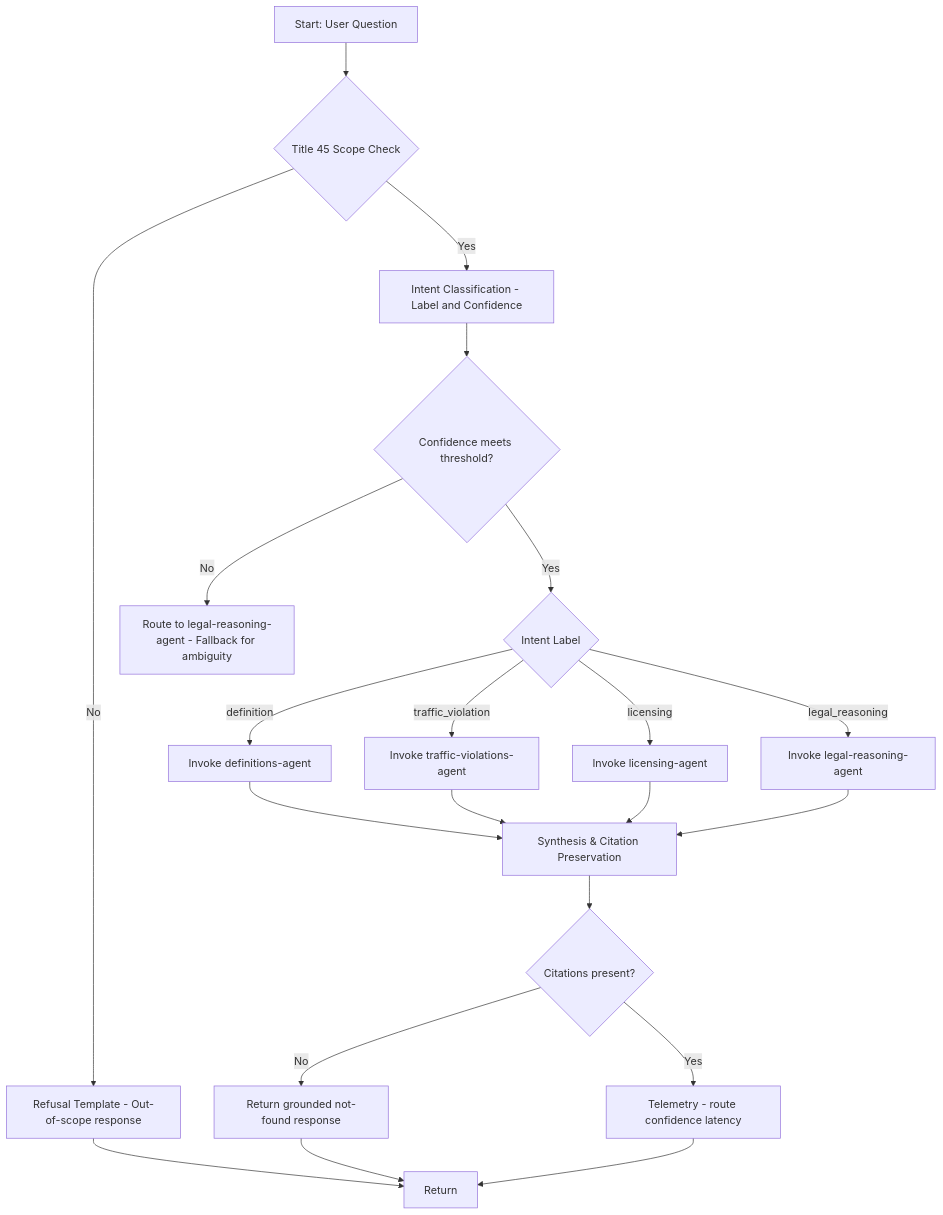
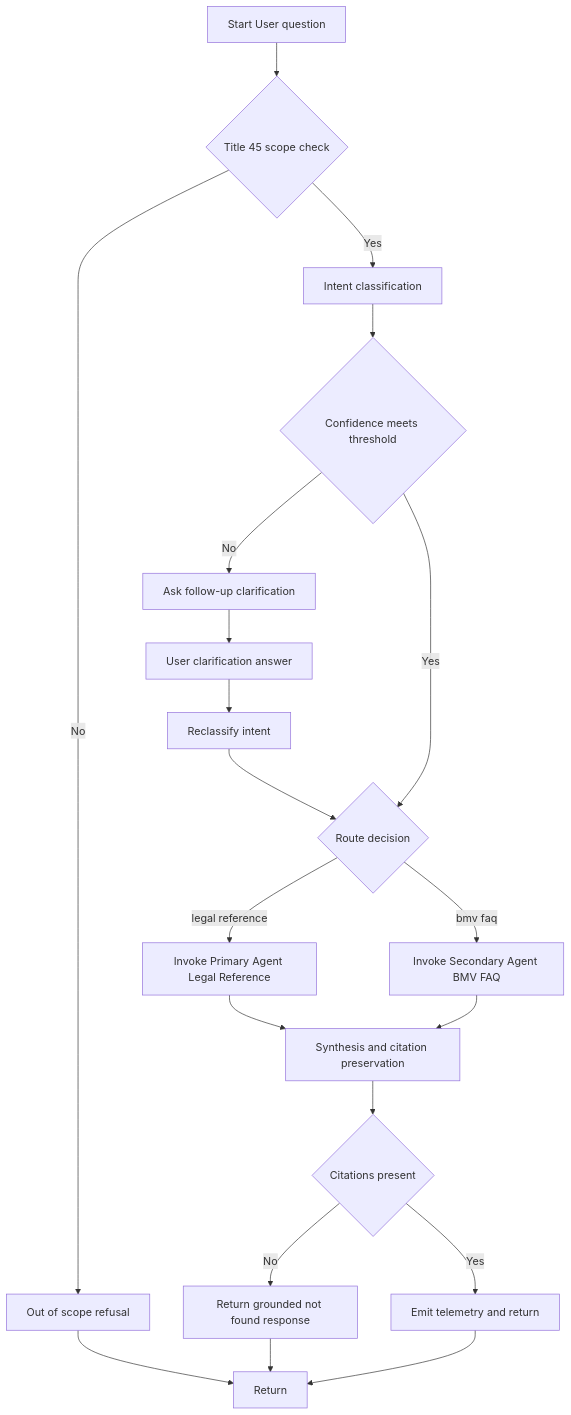
Before and after one commit to ricardo-msft-SE/policybot1: the second of 6 diagrams in docs/workflow-architecture-alternative.md, drawn with Mermaid. The commit also changed other lines of this file and 4 other files, not shown here.

Commit message:
docs: adopt backend-api workflow architecture and clarification routing

````diff
--- a/docs/workflow-architecture-alternative.md
+++ b/docs/workflow-architecture-alternative.md
@@ -65,28 +62,27 @@
 ```mermaid
 flowchart TD
-    A[Start: User Question] --> B{Title 45 Scope Check}
-  B -- No --> B1[Refusal Template - Out-of-scope response]
-  B -- Yes --> C[Intent Classification - Label and Confidence]
+    A[Start User question] --> B{Title 45 scope check}
+    B -- No --> B1[Out of scope refusal]
+    B -- Yes --> C[Intent classification]
 
-  C --> D{Confidence meets threshold?}
-  D -- No --> R[Route to legal-reasoning-agent - Fallback for ambiguity]
-    D -- Yes --> E{Intent Label}
+    C --> D{Confidence meets threshold}
+    D -- No --> FQ[Ask follow-up clarification]
+    FQ --> UA[User clarification answer]
+    UA --> RC[Reclassify intent]
+    RC --> E{Route decision}
+    D -- Yes --> E{Route decision}
 
-    E -- definition --> D1[Invoke definitions-agent]
-    E -- traffic_violation --> D2[Invoke traffic-violations-agent]
-    E -- licensing --> D3[Invoke licensing-agent]
-    E -- legal_reasoning --> D4[Invoke legal-reasoning-agent]
+    E -- legal reference --> D1[Invoke Primary Agent Legal Reference]
+    E -- bmv faq --> D2[Invoke Secondary Agent BMV FAQ]
 
-    D1 --> S[Synthesis & Citation Preservation]
+    D1 --> S[Synthesis and citation preservation]
     D2 --> S
-    D3 --> S
-    D4 --> S
 
-    S --> Q{Citations present?}
-    Q -- No --> Q1[Return grounded not-found response]
-    Q -- Yes --> M[Telemetry - route confidence latency]
+    S --> Q{Citations present}
+    Q -- No --> Q1[Return grounded not found response]
+    Q -- Yes --> M[Emit telemetry and return]
 
     B1 --> Z[Return]
     Q1 --> Z
     M --> Z
 ```
````
